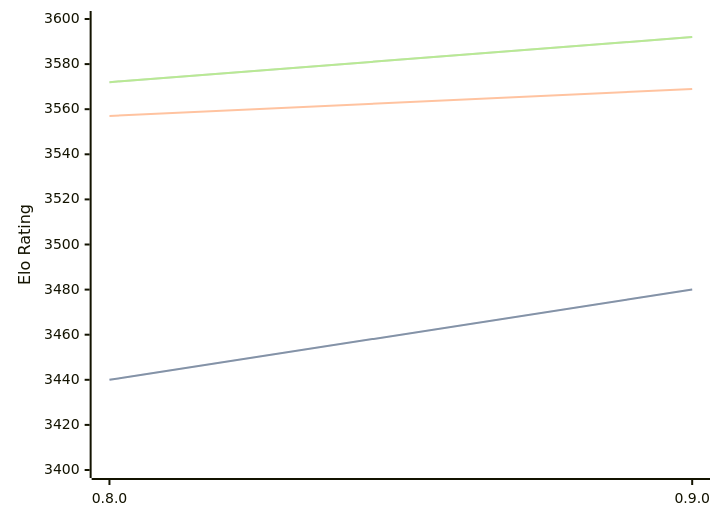
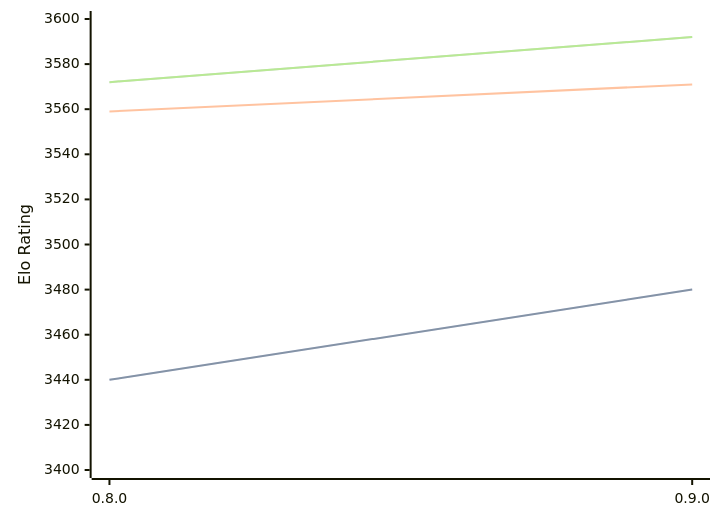
The diagram in engines/Reckless.md (computer-chess-index/cci), drawn with Mermaid before and after one commit. The commit also changed other lines of this file, not shown here.

````diff
--- a/engines/Reckless.md
+++ b/engines/Reckless.md
@@ -32,11 +32,11 @@
 ```mermaid
 %%{init: {"theme":"base","themeVariables":{"seriesColors:['#a3a3a3','#222221','#faa371']}}}%%
 xychart-beta
   x-axis ["0.8.0", "0.9.0"]
   y-axis "Elo Rating" 3400 --> 3600
   line "STC (8.0+0.08s)" [3440, 3480]
   line "STC (8.0+0.08s)" [3440, 3480]
-  line "LTC (60.0+0.60s)" [3557, 3569]
+  line "LTC (60.0+0.60s)" [3559, 3571]
   line "VLTC (2m24s+1.12s)" [3572, 3592]
   line "VLTC (2m24s+1.12s)" [3572, 3592]
 ```
````
